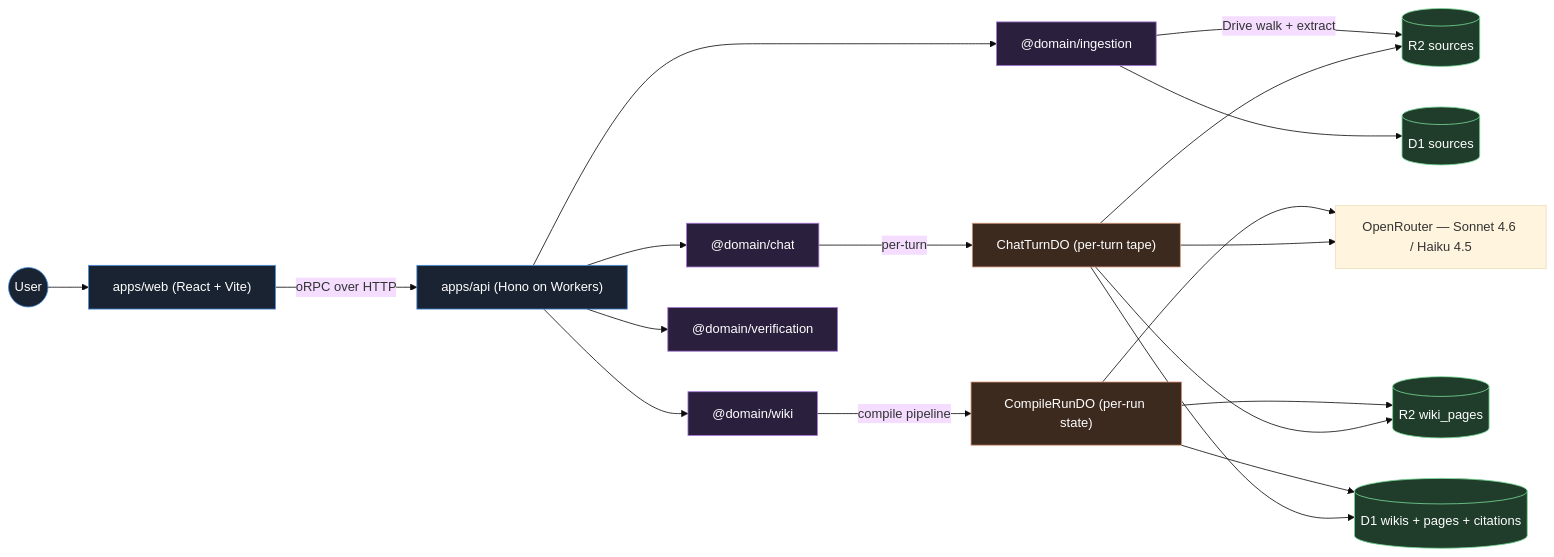
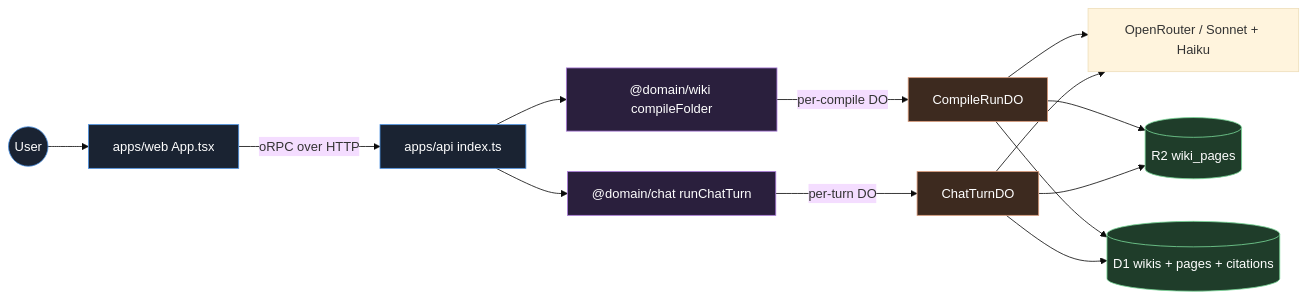
One commit to tonestrike/knowledge-base-wiki changed the first of 4 diagrams in docs/architecture/code-tour.md. Above: the diagram before and after it, drawn with Mermaid (base theme). The commit also changed other lines of this file and 1 other file, not shown here.

First line of the commit message:
docs: line-anchored deep links throughout code-tour + perspective-flow

````diff
--- a/docs/architecture/code-tour.md
+++ b/docs/architecture/code-tour.md
@@ -24,33 +27,34 @@
 ```mermaid
 flowchart LR
-    User((User)) --> Web["apps/web (React + Vite)"]
-    Web -->|"oRPC over HTTP"| API["apps/api (Hono on Workers)"]
+    User((User)) --> Web["apps/web App.tsx"]
+    Web -->|"oRPC over HTTP"| API["apps/api index.ts"]
 
-    API --> Ingestion["@domain/ingestion"]
-    API --> Wiki["@domain/wiki"]
-    API --> Chat["@domain/chat"]
-    API --> Verification["@domain/verification"]
+    API --> Wiki["@domain/wiki compileFolder"]
+    API --> Chat["@domain/chat runChatTurn"]
 
-    Ingestion -->|"Drive walk + extract"| R2[("R2 sources")]
-    Ingestion --> D1S[("D1 sources")]
-
-    Wiki -->|"compile pipeline"| CompileDO["CompileRunDO (per-run state)"]
-    CompileDO --> OpenRouter["OpenRouter — Sonnet 4.6 / Haiku 4.5"]
+    Wiki -->|"per-compile DO"| CompileDO["CompileRunDO"]
+    CompileDO --> OpenRouter["OpenRouter / Sonnet + Haiku"]
     CompileDO --> R2W[("R2 wiki_pages")]
     CompileDO --> D1W[("D1 wikis + pages + citations")]
 
-    Chat -->|"per-turn"| ChatDO["ChatTurnDO (per-turn tape)"]
+    Chat -->|"per-turn DO"| ChatDO["ChatTurnDO"]
     ChatDO --> OpenRouter
     ChatDO --> D1W
     ChatDO --> R2W
-    ChatDO --> R2
+
+    click Web "../../apps/web/src/App.tsx" "App.tsx — wraps router + ChatDock in flex layout"
+    click API "../../apps/api/src/index.ts" "api entrypoint"
+    click Wiki "../../packages/domains/wiki/src/application/compile-folder.ts#L147" "compileFolder — the 5-stage orchestrator"
+    click Chat "../../packages/domains/chat/src/application/run-chat-turn.ts#L82" "runChatTurn — the chat-turn loop"
+    click CompileDO "../../packages/domains/wiki/src/infrastructure/durable_objects/compile-run-do.ts" "CompileRunDO factory"
+    click ChatDO "../../packages/domains/chat/src/infrastructure/durable_objects/chat-turn-do.ts#L87" "createChatTurnDOClass"
 
     classDef edge fill:#1a2332,stroke:#4a90e2,color:#fff;
     classDef ctx fill:#2a1f3d,stroke:#a878d8,color:#fff;
     classDef store fill:#1f3d2a,stroke:#78d898,color:#fff;
     classDef do_ fill:#3d2a1f,stroke:#d89878,color:#fff;
     class User,Web,API edge;
-    class Ingestion,Wiki,Chat,Verification ctx;
-    class R2,R2W,D1S,D1W store;
+    class Wiki,Chat ctx;
+    class R2W,D1W store;
     class CompileDO,ChatDO do_;
 ```
````
